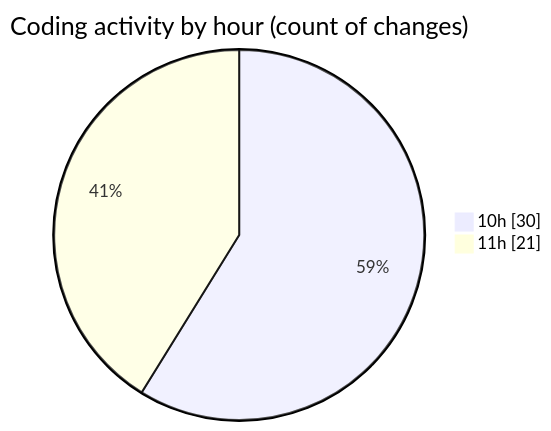
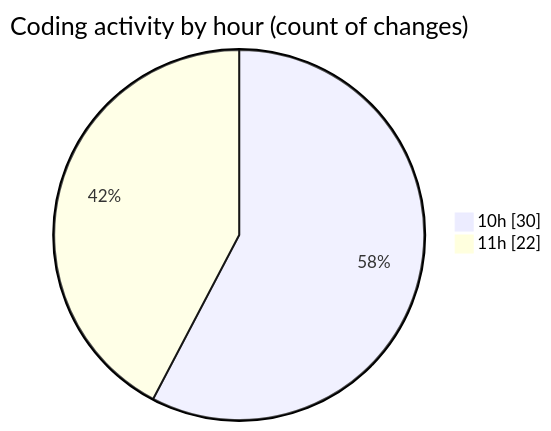
Before and after one commit to momahboobian/code-tracking: the second of 2 diagrams in 2025-05-01/cda/README.md, drawn with Mermaid. The commit also changed other lines of this file and 1 other file, not shown here.

````diff
--- a/2025-05-01/cda/README.md
+++ b/2025-05-01/cda/README.md
@@ -36,6 +36,6 @@
 ```mermaid
 pie showData
 title Coding activity by hour (count of changes)
 "10h" : 30
-"11h" : 21
+"11h" : 22
 ```
````
